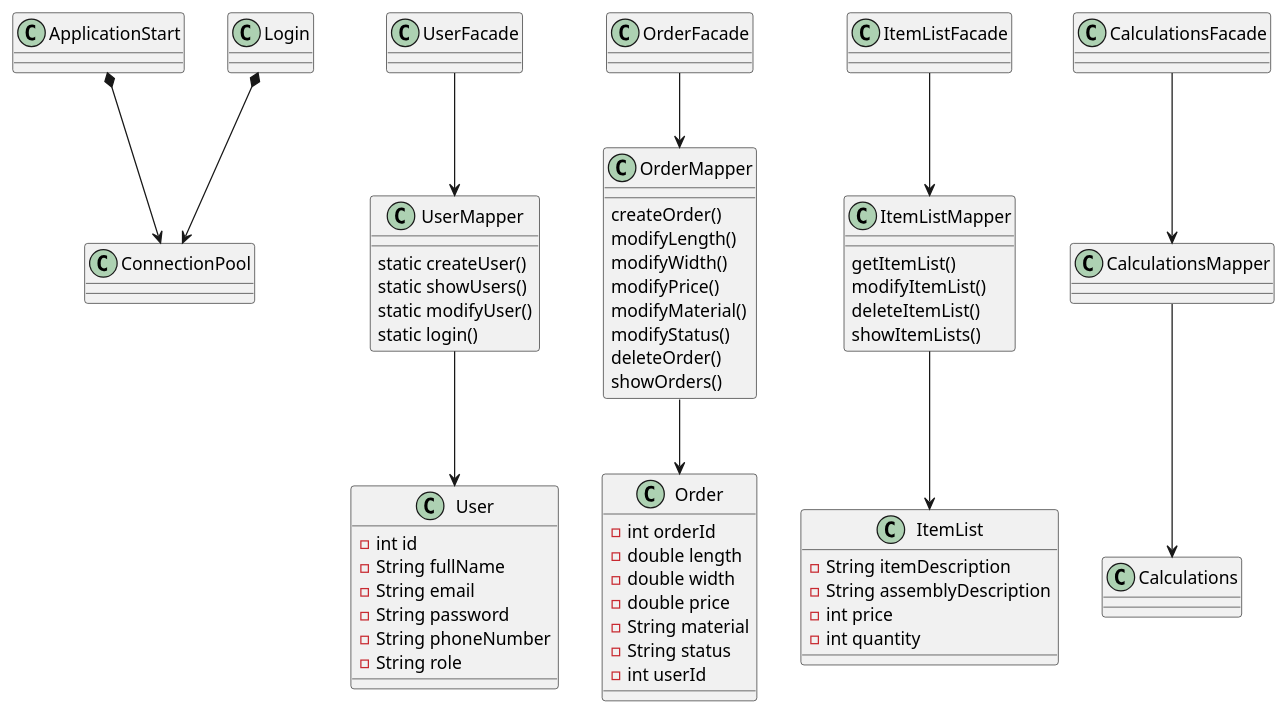
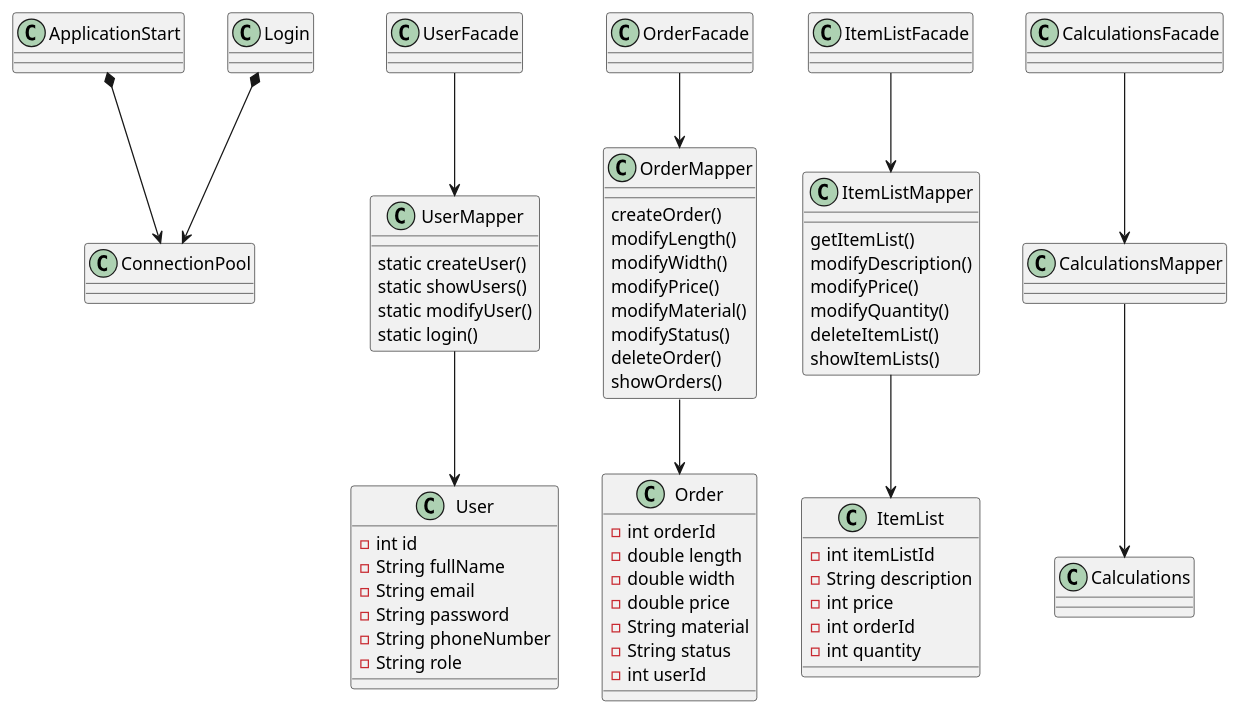
One commit to Salar86/ProjectFog changed the diagram in documentation/ClassDiagram.puml. Above: the diagram before and after it, drawn with PlantUML. The commit also changed 1 other file, not shown here.

Commit message:
ItemListFacade & changes added to class diagram in documentation

```diff
--- a/documentation/ClassDiagram.puml
+++ b/documentation/ClassDiagram.puml
@@ -1,87 +1,90 @@
 @startuml
 'https://plantuml.com/class-diagram
 class ApplicationStart
 class ConnectionPool
 class Login
 
 ApplicationStart *--> ConnectionPool
 Login *--> ConnectionPool
 
 class User
 {
     -int id
     -String fullName
     -String email
     -String password
     -String phoneNumber
     -String role
 }
 class UserMapper
 {
     static createUser()
     static showUsers()
     static modifyUser()
     static login()
 }
 class UserFacade
 
 class Order
 {
     -int orderId
     -double length
     -double width
     -double price
     -String material
     -String status
     -int userId
 }
 class OrderMapper
 {
     createOrder()
     modifyLength()
     modifyWidth()
     modifyPrice()
     modifyMaterial()
     modifyStatus()
     deleteOrder()
     showOrders()
 }
 class OrderFacade
 
 class ItemList
 {
-    -String itemDescription
-    -String assemblyDescription
+    -int itemListId
+    -String description
     -int price
+    -int orderId
     -int quantity
 
 }
 class ItemListMapper
 {
     getItemList()
-    modifyItemList()
+    modifyDescription()
+    modifyPrice()
+    modifyQuantity()
     deleteItemList()
     showItemLists()
 }
 class ItemListFacade
 
 class Calculations
 {
 
 }
 class CalculationsMapper
 class CalculationsFacade
 
 UserFacade --> UserMapper
 UserMapper --> User
 
 OrderFacade --> OrderMapper
 OrderMapper --> Order
 
 ItemListFacade --> ItemListMapper
 ItemListMapper --> ItemList
 
 CalculationsFacade --> CalculationsMapper
 CalculationsMapper --> Calculations
 
 @enduml
```
